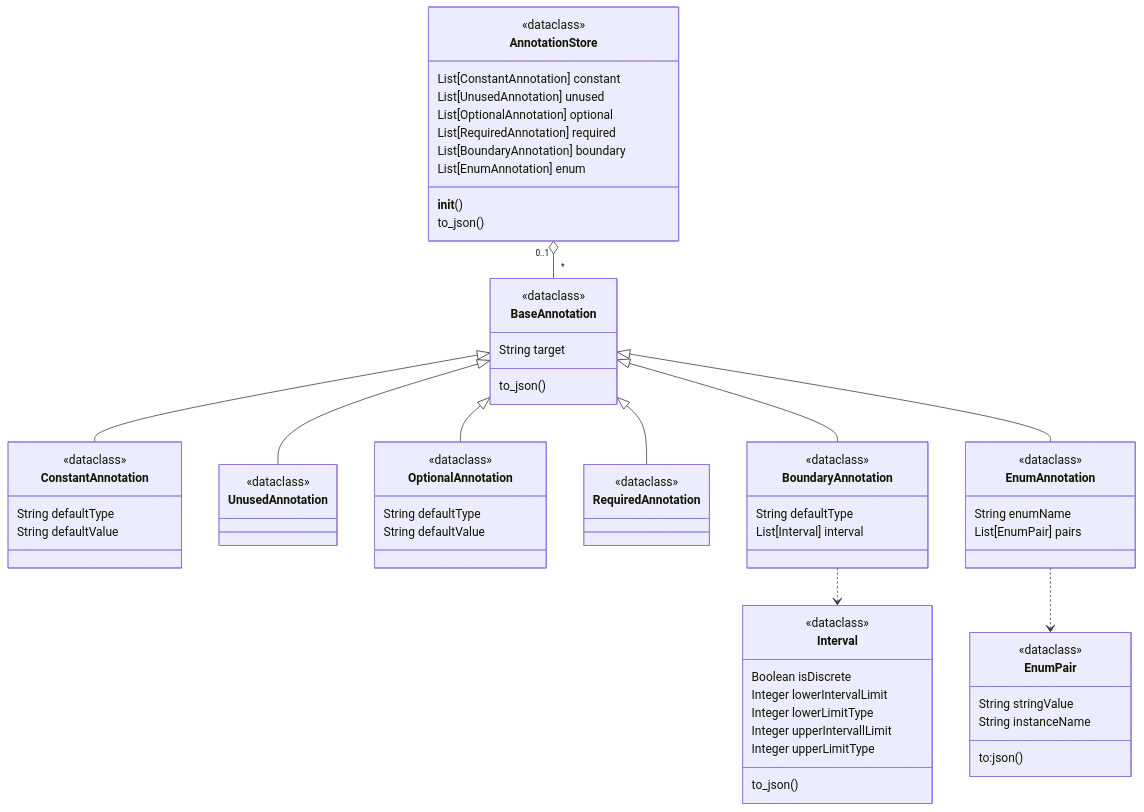
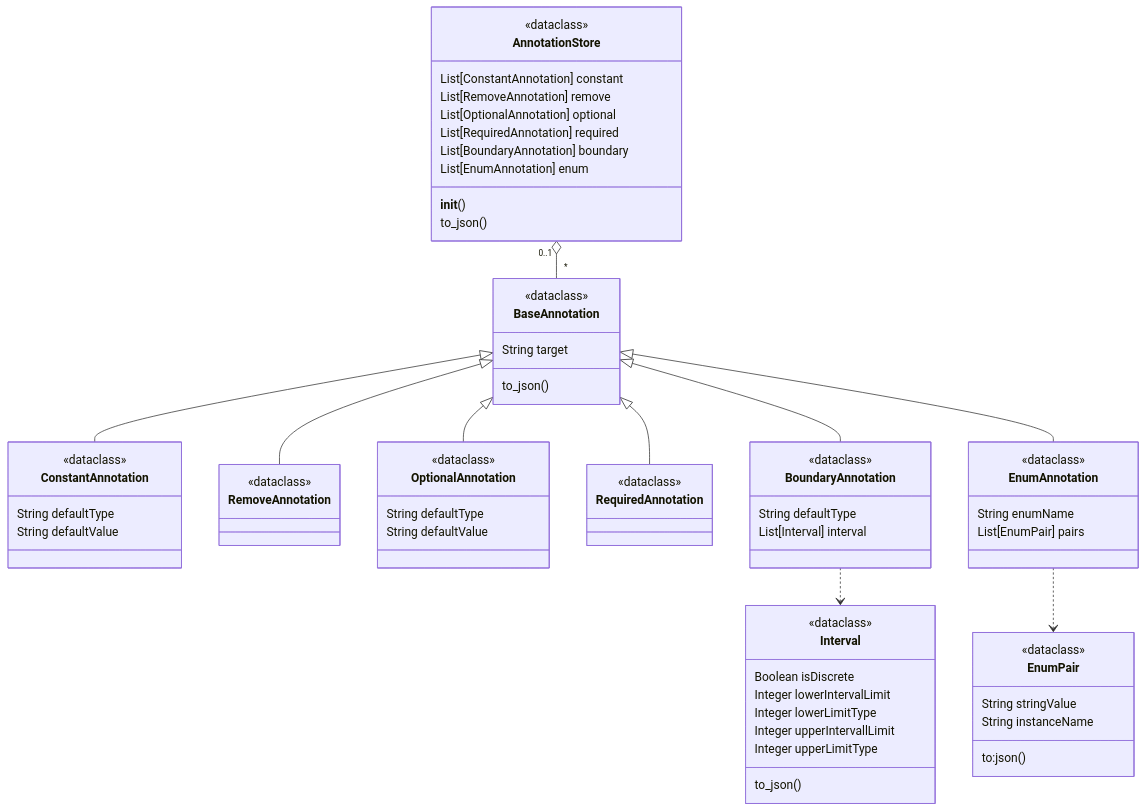
One commit to Safe-DS/Library-Analyzer changed the second of 5 diagrams in package-parser/documentation.md. Above: the diagram before and after it, drawn with Mermaid. The commit also changed other lines of this file and 7 other files, not shown here.

````diff
--- a/package-parser/documentation.md
+++ b/package-parser/documentation.md
@@ -54,71 +54,71 @@
 ```mermaid
 classDiagram
 BaseAnnotation <|-- ConstantAnnotation
-BaseAnnotation <|-- UnusedAnnotation
+BaseAnnotation <|-- RemoveAnnotation
 BaseAnnotation <|-- OptionalAnnotation
 BaseAnnotation <|-- RequiredAnnotation
 BaseAnnotation <|-- BoundaryAnnotation
 BaseAnnotation <|-- EnumAnnotation
 BoundaryAnnotation ..> Interval
 EnumAnnotation ..> EnumPair
 AnnotationStore "0..1" o-- "*" BaseAnnotation
 
       class BaseAnnotation{
       <<dataclass>>
       String target
       to_json()
       }
       class ConstantAnnotation{
       <<dataclass>>
       String defaultType
       String defaultValue
       }
-      class UnusedAnnotation{
+      class RemoveAnnotation{
       <<dataclass>>
       }
       class OptionalAnnotation{
       <<dataclass>>
       String defaultType
       String defaultValue
       }
       class RequiredAnnotation{
       <<dataclass>>
       }
       class BoundaryAnnotation{
       <<dataclass>>
       String defaultType
       List[Interval] interval
       }
       class EnumAnnotation{
       <<dataclass>>
       String enumName
       List[EnumPair] pairs
       }
       class Interval{
       <<dataclass>>
       Boolean isDiscrete
       Integer lowerIntervalLimit
       Integer lowerLimitType
       Integer upperIntervallLimit
       Integer upperLimitType
       to_json()
       }
       class EnumPair{
       <<dataclass>>
       String stringValue
       String instanceName
       to:json()
       }
       class AnnotationStore{
       <<dataclass>>
       List[ConstantAnnotation] constant
-      List[UnusedAnnotation] unused
+      List[RemoveAnnotation] remove
       List[OptionalAnnotation] optional
       List[RequiredAnnotation] required
       List[BoundaryAnnotation] boundary
       List[EnumAnnotation] enum
       __init__()
       to_json()
       }
 
 ```
````
